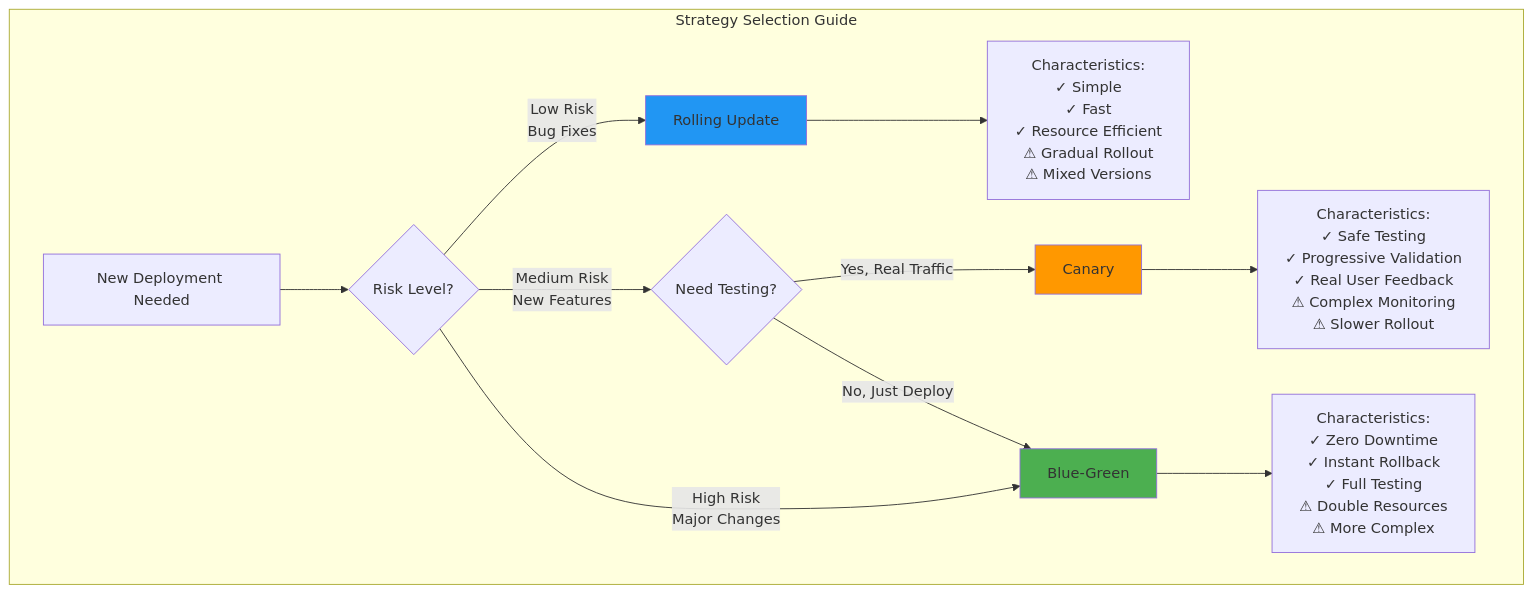
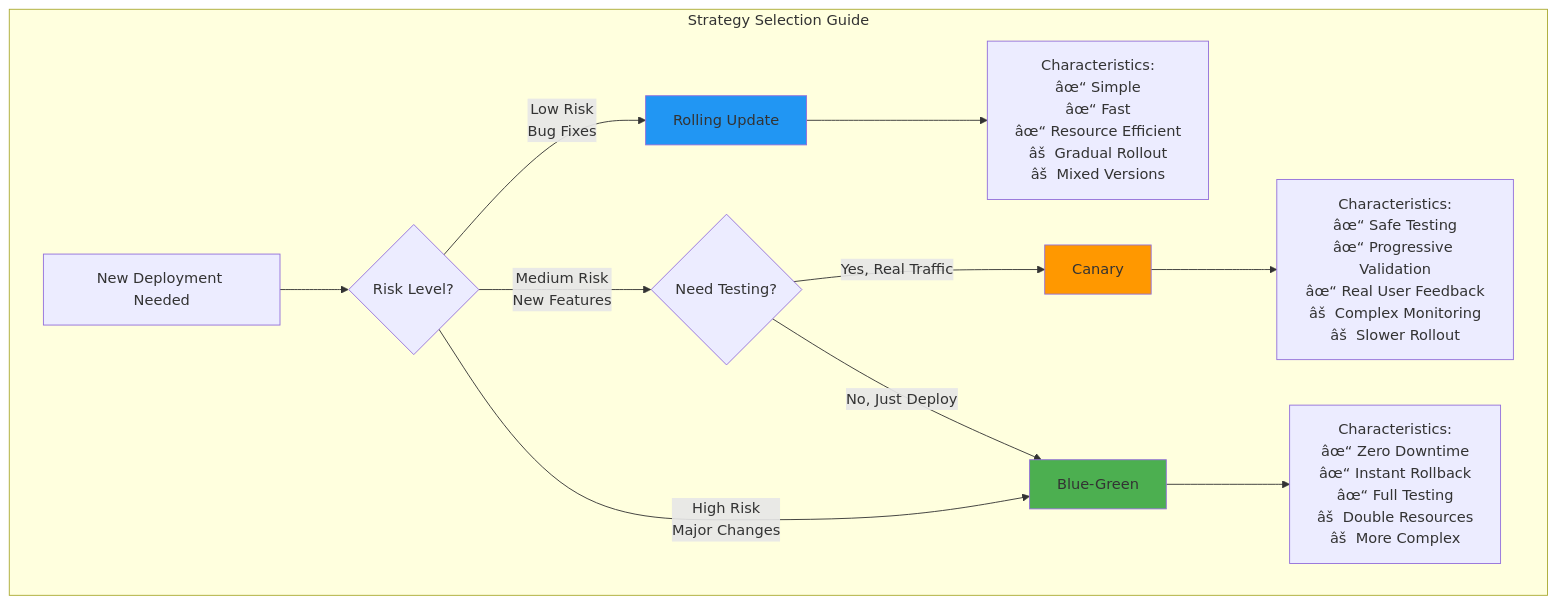
The second of 11 diagrams in frontend/DEPLOYMENT.md (itshamzadev/fastxhorizon), drawn with Mermaid before and after one commit. The commit also changed other lines of this file and 78 other files, not shown here.

````diff
--- a/frontend/DEPLOYMENT.md
+++ b/frontend/DEPLOYMENT.md
@@ -82,23 +82,23 @@
 ```mermaid
 graph TB
     subgraph "Strategy Selection Guide"
         A[New Deployment Needed] --> B{Risk Level?}
 
         B -->|Low Risk<br/>Bug Fixes| C[Rolling Update]
         B -->|Medium Risk<br/>New Features| D{Need Testing?}
         B -->|High Risk<br/>Major Changes| E[Blue-Green]
 
         D -->|Yes, Real Traffic| F[Canary]
         D -->|No, Just Deploy| E
 
-        C --> G[Characteristics:<br/>✓ Simple<br/>✓ Fast<br/>✓ Resource Efficient<br/>⚠ Gradual Rollout<br/>⚠ Mixed Versions]
+        C --> G[Characteristics:<br/>âœ“ Simple<br/>âœ“ Fast<br/>âœ“ Resource Efficient<br/>âš  Gradual Rollout<br/>âš  Mixed Versions]
 
-        F --> H[Characteristics:<br/>✓ Safe Testing<br/>✓ Progressive Validation<br/>✓ Real User Feedback<br/>⚠ Complex Monitoring<br/>⚠ Slower Rollout]
+        F --> H[Characteristics:<br/>âœ“ Safe Testing<br/>âœ“ Progressive Validation<br/>âœ“ Real User Feedback<br/>âš  Complex Monitoring<br/>âš  Slower Rollout]
 
-        E --> I[Characteristics:<br/>✓ Zero Downtime<br/>✓ Instant Rollback<br/>✓ Full Testing<br/>⚠ Double Resources<br/>⚠ More Complex]
+        E --> I[Characteristics:<br/>âœ“ Zero Downtime<br/>âœ“ Instant Rollback<br/>âœ“ Full Testing<br/>âš  Double Resources<br/>âš  More Complex]
     end
 
     style C fill:#2196F3
     style F fill:#FF9800
     style E fill:#4CAF50
 ```
````
